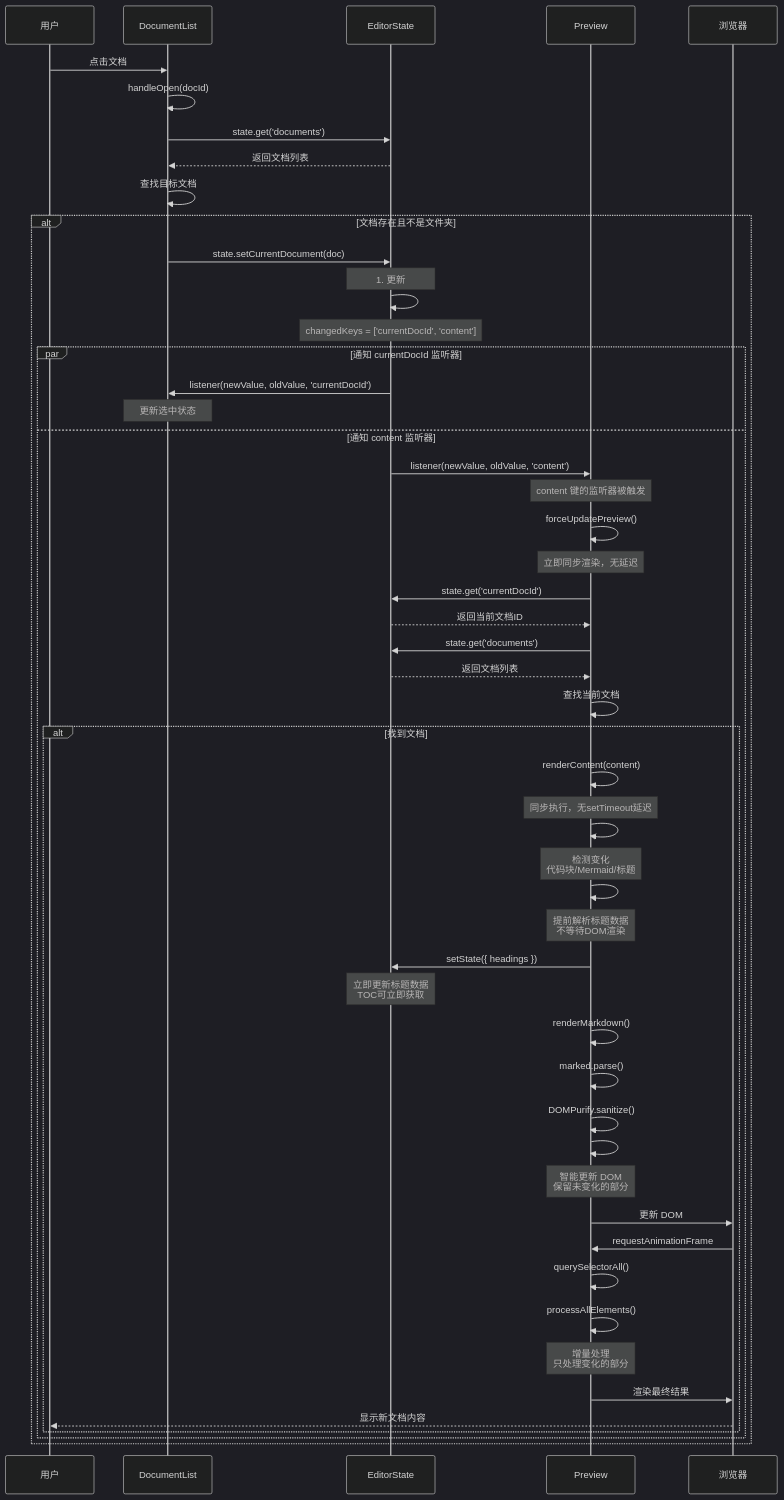
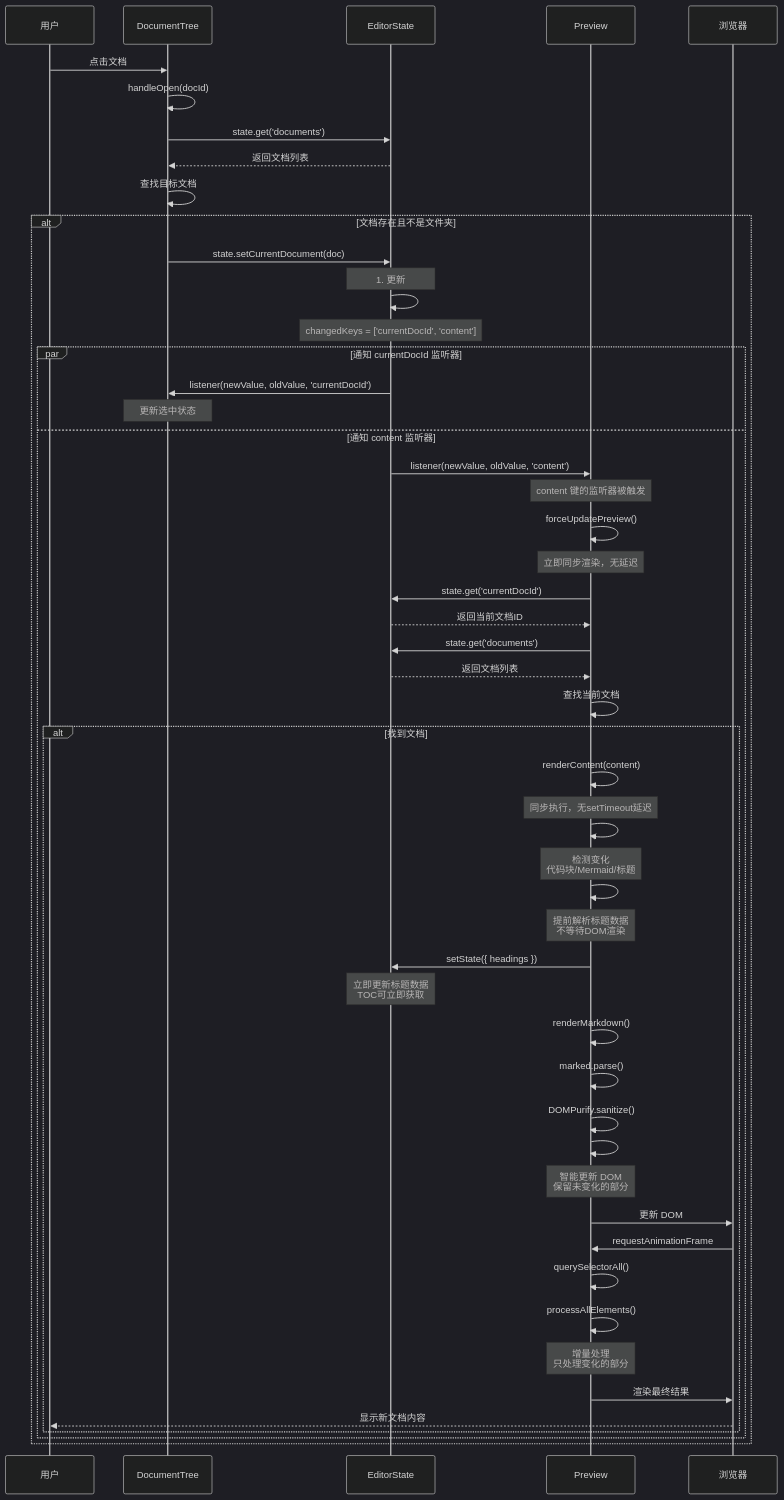
Before and after one commit to ZCShou/markdown: the third of 9 diagrams in docs/preview.md, drawn with Mermaid (dark theme). The commit also changed other lines of this file and 8 other files, not shown here.

Commit message:
refactor: rename DocumentList to DocumentTree for semantic clarity

````diff
--- a/docs/preview.md
+++ b/docs/preview.md
@@ -190,74 +190,74 @@
 ```mermaid
 sequenceDiagram
     participant User as 用户
-    participant DocList as DocumentList
+    participant DocTree as DocumentTree
     participant State as EditorState
     participant Preview as Preview
     participant Browser as 浏览器
 
-    User->>DocList: 点击文档
-    DocList->>DocList: handleOpen(docId)
+    User->>DocTree: 点击文档
+    DocTree->>DocTree: handleOpen(docId)
     
-    DocList->>State: state.get('documents')
-    State-->>DocList: 返回文档列表
+    DocTree->>State: state.get('documents')
+    State-->>DocTree: 返回文档列表
     
-    DocList->>DocList: 查找目标文档
+    DocTree->>DocTree: 查找目标文档
     
     alt 文档存在且不是文件夹
-        DocList->>State: state.setCurrentDocument(doc)
+        DocTree->>State: state.setCurrentDocument(doc)
         Note over State: 1. 更新 #state.currentDocId<br/>2. 更新 #state.content<br/>3. 调用 #notify()
         
         State->>State: #notify(oldState, newState, changedKeys)
         Note over State: changedKeys = ['currentDocId', 'content']
         
         par 通知 currentDocId 监听器
-            State->>DocList: listener(newValue, oldValue, 'currentDocId')
-            Note over DocList: 更新选中状态
+            State->>DocTree: listener(newValue, oldValue, 'currentDocId')
+            Note over DocTree: 更新选中状态
         and 通知 content 监听器
             State->>Preview: listener(newValue, oldValue, 'content')
             Note over Preview: content 键的监听器被触发
             
             Preview->>Preview: forceUpdatePreview()
             Note over Preview: 立即同步渲染，无延迟
             
             Preview->>State: state.get('currentDocId')
             State-->>Preview: 返回当前文档ID
             
             Preview->>State: state.get('documents')
             State-->>Preview: 返回文档列表
             
             Preview->>Preview: 查找当前文档
             
             alt 找到文档
                 Preview->>Preview: renderContent(content)
                 Note over Preview: 同步执行，无setTimeout延迟
                 
                 Preview->>Preview: #detectChanges()
                 Note over Preview: 检测变化<br/>代码块/Mermaid/标题
                 
                 Preview->>Preview: #updateHeadingsSync()
                 Note over Preview: 提前解析标题数据<br/>不等待DOM渲染
                 
                 Preview->>State: setState({ headings })
                 Note over State: 立即更新标题数据<br/>TOC可立即获取
                 
                 Preview->>Preview: renderMarkdown()
                 Preview->>Preview: marked.parse()
                 Preview->>Preview: DOMPurify.sanitize()
                 
                 Preview->>Preview: #updateDOMSmart()
                 Note over Preview: 智能更新 DOM<br/>保留未变化的部分
                 
                 Preview->>Browser: 更新 DOM
                 
                 Browser->>Preview: requestAnimationFrame
                 Preview->>Preview: querySelectorAll()
                 Preview->>Preview: processAllElements()
                 Note over Preview: 增量处理<br/>只处理变化的部分
                 
                 Preview->>Browser: 渲染最终结果
                 Browser-->>User: 显示新文档内容
             end
         end
     end
 ```
````
